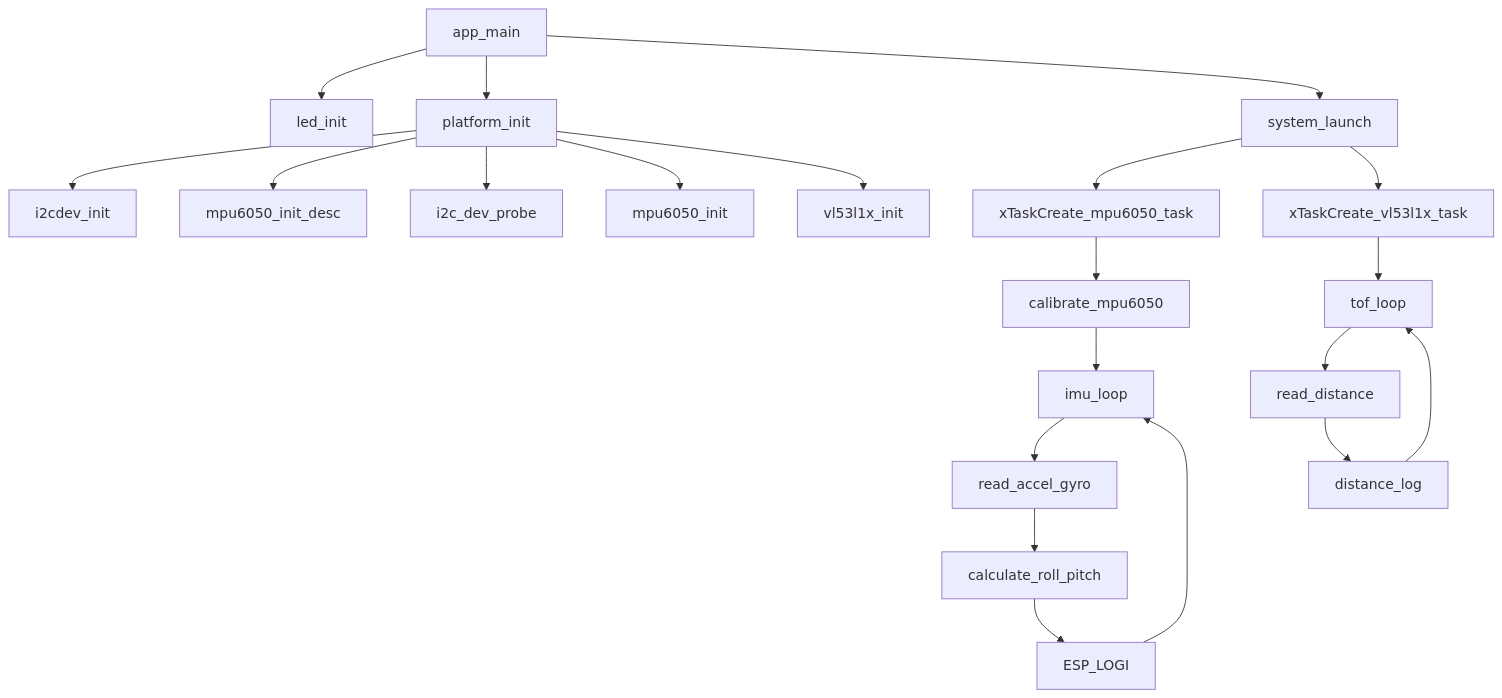
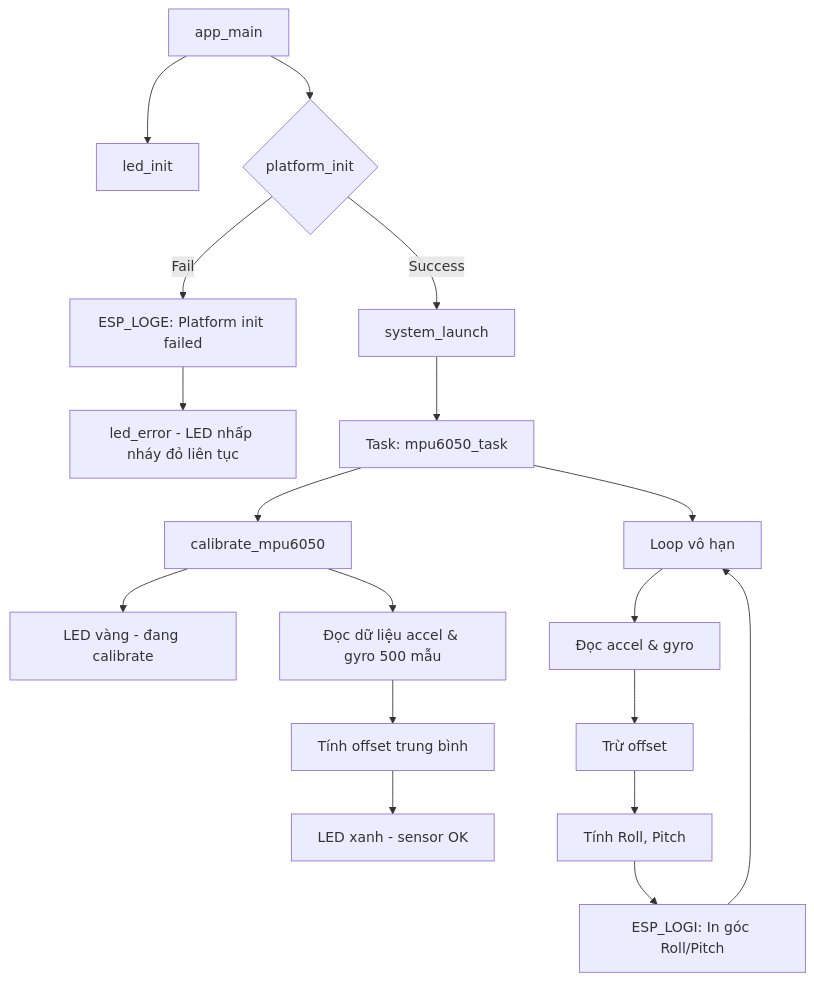
The diagram in README.md (mavanhung78/ESP32S3_IDF_MPU6050), drawn with Mermaid before and after one commit. The commit also changed other lines of this file, not shown here.

````diff
--- a/README.md
+++ b/README.md
@@ -5,29 +5,25 @@
 ```mermaid
 flowchart TD
 
-A[app_main] --> B[led_init]
+    A[app_main] --> B[led_init]
+    A --> C{platform_init}
+    
+    C -->|Fail| D[ESP_LOGE: Platform init failed]
+    D --> E[led_error - LED nhấp nháy đỏ liên tục]
+    
+    C -->|Success| F[system_launch]
+    F --> G[Task: mpu6050_task]
 
-A --> C[platform_init]
-C --> C1[i2cdev_init]
-C --> C2[mpu6050_init_desc]
-C --> C3[i2c_dev_probe]
-C --> C4[mpu6050_init]
-C --> C5[vl53l1x_init]
+    G --> H[calibrate_mpu6050]
+    H --> I[LED vàng - đang calibrate]
+    H --> J[Đọc dữ liệu accel & gyro 500 mẫu]
+    J --> K[Tính offset trung bình]
+    K --> L[LED xanh - sensor OK]
 
-A --> D[system_launch]
-
-D --> E[xTaskCreate_mpu6050_task]
-D --> K[xTaskCreate_vl53l1x_task]
-
-E --> F[calibrate_mpu6050]
-F --> G[imu_loop]
-G --> H[read_accel_gyro]
-H --> I[calculate_roll_pitch]
-I --> J[ESP_LOGI]
-J --> G
-
-K --> L[tof_loop]
-L --> M[read_distance]
-M --> N[distance_log]
-N --> L
+    G --> M[Loop vô hạn]
+    M --> N[Đọc accel & gyro]
+    N --> O[Trừ offset]
+    O --> P[Tính Roll, Pitch]
+    P --> Q[ESP_LOGI: In góc Roll/Pitch]
+    Q --> M
 ```
````
